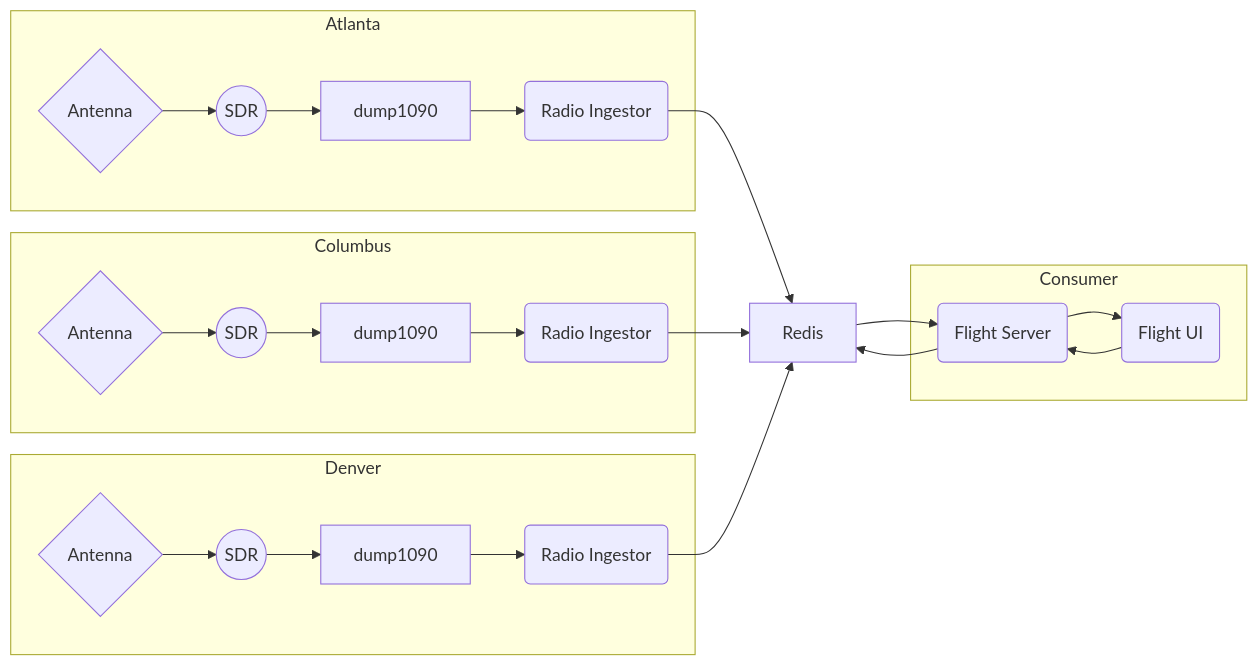
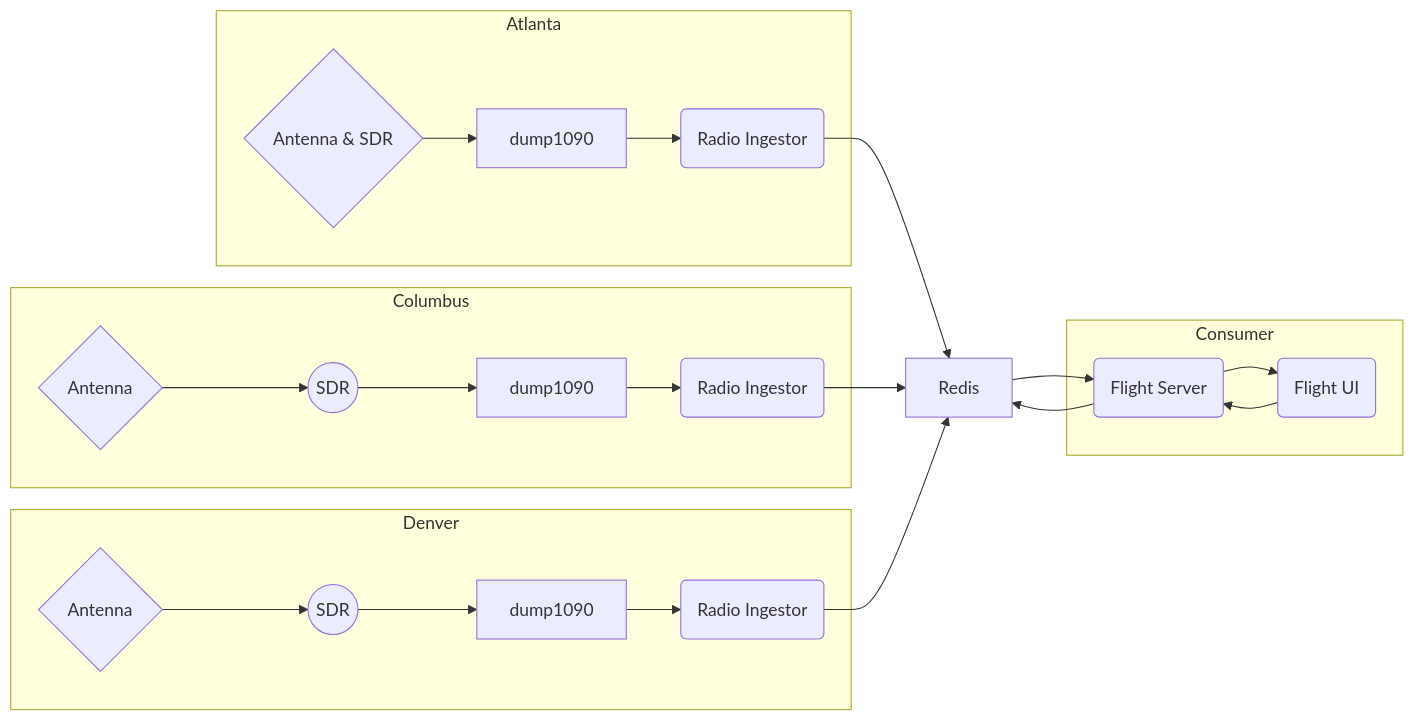
Before and after one commit to guyroyse/tracking-aircraft: the diagram in README.md, drawn with Mermaid.

Commit message:
playing with mermaid some more

````diff
--- a/README.md
+++ b/README.md
@@ -157,27 +157,26 @@
 ```mermaid
 graph LR
   subgraph "Atlanta"
-    ANT1{Antenna} --> SDR1((SDR))
-    SDR1 --> DMP1[dump1090]
+    ANT1{Antenna & SDR} --> DMP1[dump1090]
     DMP1 --> ING1("Radio Ingestor")
   end
   subgraph "Columbus"
     ANT2{Antenna} --> SDR2((SDR))
     SDR2 --> DMP2[dump1090]
     DMP2 --> ING2("Radio Ingestor")
   end
   subgraph "Denver"
     ANT3{Antenna} --> SDR3((SDR))
     SDR3 --> DMP3[dump1090]
     DMP3 --> ING3("Radio Ingestor")
   end
   ING1 --> RED[Redis]
   ING2 --> RED[Redis]
   ING3 --> RED[Redis]
   RED --> SRV("Flight Server")
   SRV --> RED
   subgraph "Consumer"
     SRV --> WEB("Flight UI")
     WEB --> SRV
   end
 ```
````
